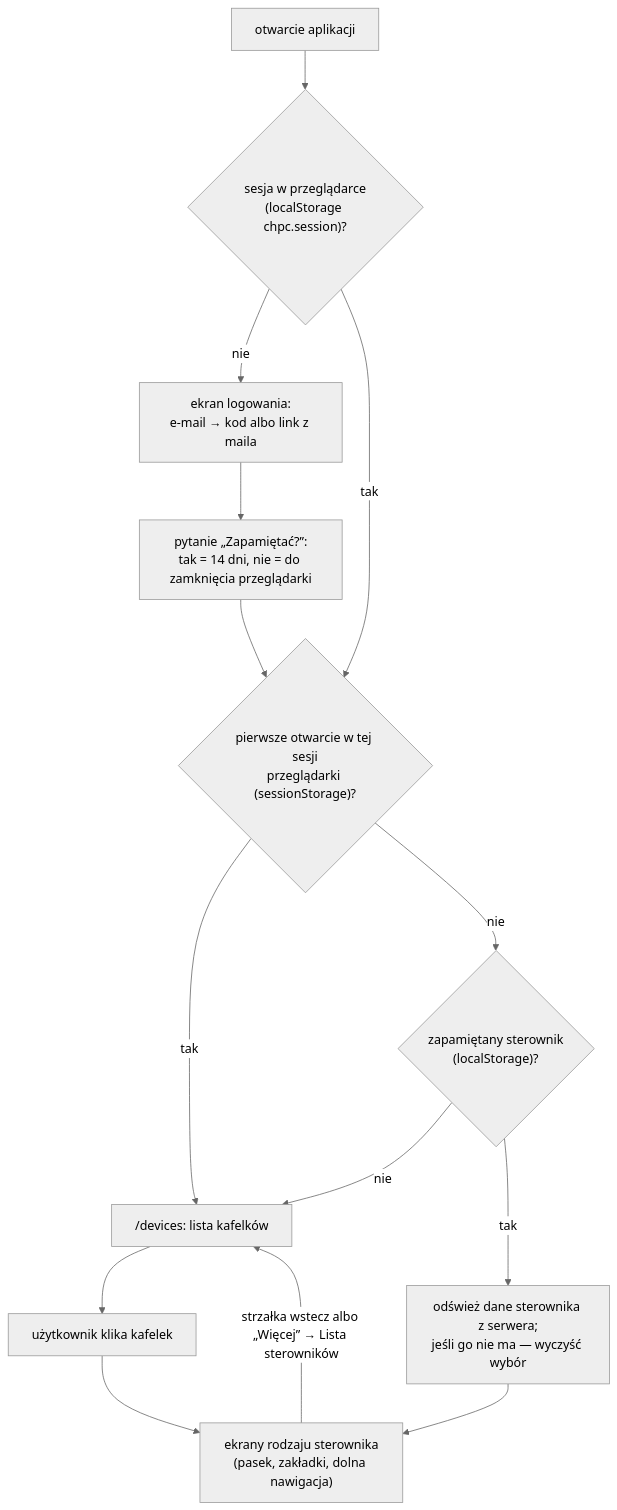
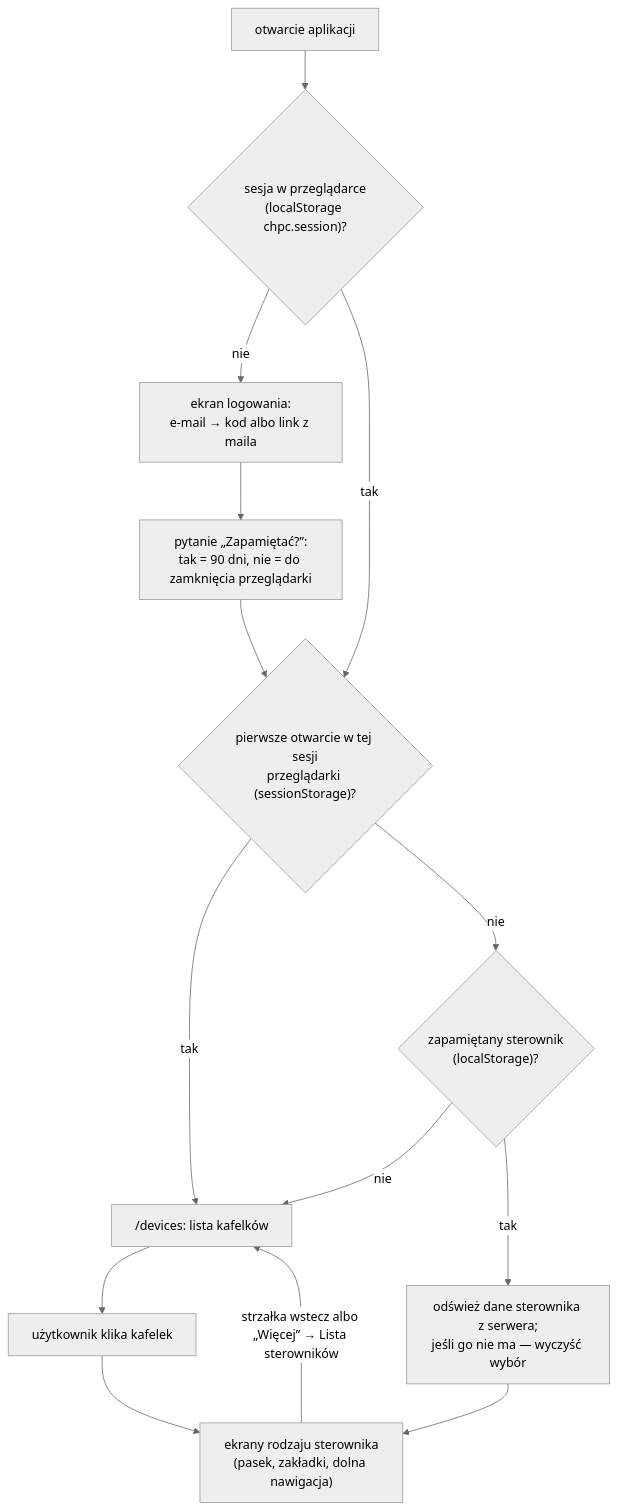
The fifth of 6 diagrams in docs/moduly/core/2-zasada-dzialania.md (robertorlowski/chpc-web), drawn with Mermaid (neutral theme) before and after one commit. The commit also changed other lines of this file and 15 other files, not shown here.

````diff
--- a/docs/moduly/core/2-zasada-dzialania.md
+++ b/docs/moduly/core/2-zasada-dzialania.md
@@ -118,16 +118,16 @@
 ```mermaid
 flowchart TD
     S["otwarcie aplikacji"] --> AUTH{"sesja w przeglądarce<br/>(localStorage chpc.session)?"}
     AUTH -- nie --> LOGIN["ekran logowania:<br/>e-mail → kod albo link z maila"]
-    LOGIN --> REM["pytanie „Zapamiętać?”:<br/>tak = 14 dni, nie = do zamknięcia przeglądarki"]
+    LOGIN --> REM["pytanie „Zapamiętać?”:<br/>tak = 90 dni, nie = do zamknięcia przeglądarki"]
     REM --> FIRST
     AUTH -- tak --> FIRST{"pierwsze otwarcie w tej sesji<br/>przeglądarki (sessionStorage)?"}
     FIRST -- tak --> DEV["/devices: lista kafelków"]
     FIRST -- nie --> SEL{"zapamiętany sterownik<br/>(localStorage)?"}
     SEL -- nie --> DEV
     SEL -- tak --> CHK["odśwież dane sterownika z serwera;<br/>jeśli go nie ma — wyczyść wybór"]
     DEV --> USER["użytkownik klika kafelek"]
     USER --> APP["ekrany rodzaju sterownika<br/>(pasek, zakładki, dolna nawigacja)"]
     CHK --> APP
     APP -- "strzałka wstecz albo „Więcej” → Lista sterowników" --> DEV
 ```
````
